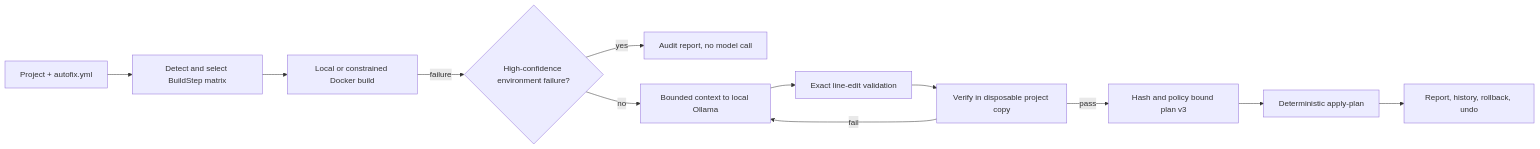
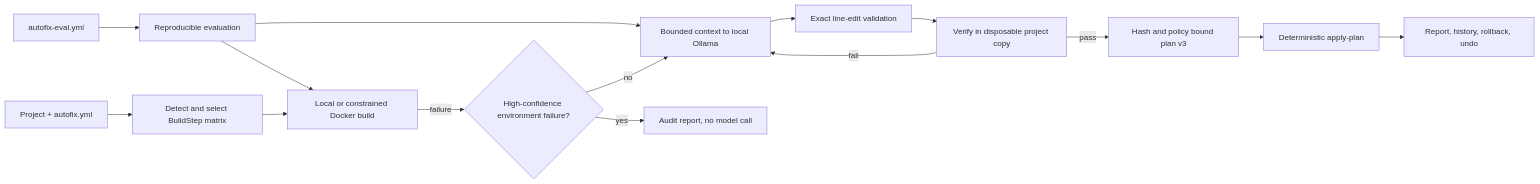
The diagram in README.md (zhanghl-learner/docker-ollama-autofix), drawn with Mermaid before and after one commit. The commit also changed other lines of this file and 36 other files, not shown here.

````diff
--- a/README.md
+++ b/README.md
@@ -14,14 +26,17 @@
 ```mermaid
 flowchart LR
     PROJECT[Project + autofix.yml] --> DETECT[Detect and select BuildStep matrix]
+    CONTRACT[autofix-eval.yml] --> EVAL[Reproducible evaluation]
+    EVAL --> BUILD
+    EVAL --> MODEL
     DETECT --> BUILD[Local or constrained Docker build]
     BUILD -->|failure| DIAG{High-confidence environment failure?}
     DIAG -->|yes| STOP[Audit report, no model call]
     DIAG -->|no| MODEL[Bounded context to local Ollama]
     MODEL --> PATCH[Exact line-edit validation]
     PATCH --> SANDBOX[Verify in disposable project copy]
     SANDBOX -->|pass| PLAN[Hash and policy bound plan v3]
     PLAN --> APPLY[Deterministic apply-plan]
     APPLY --> AUDIT[Report, history, rollback, undo]
     SANDBOX -->|fail| MODEL
 ```
````
